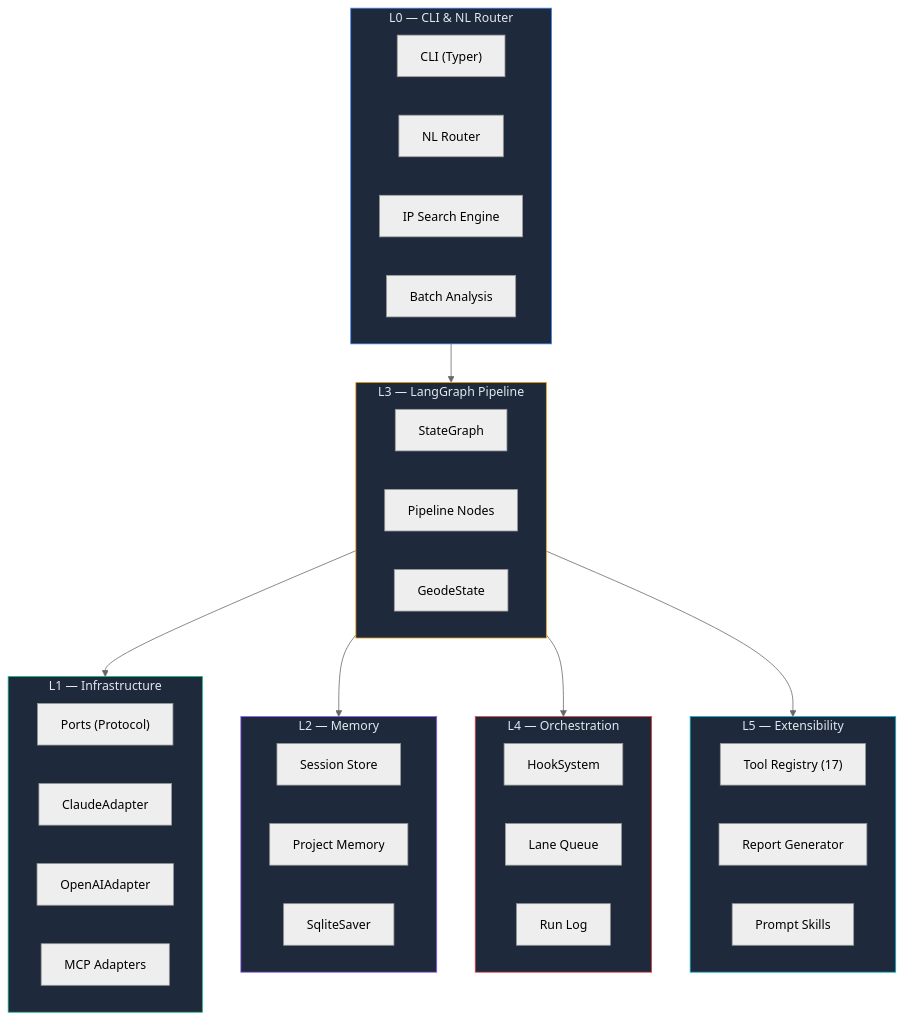
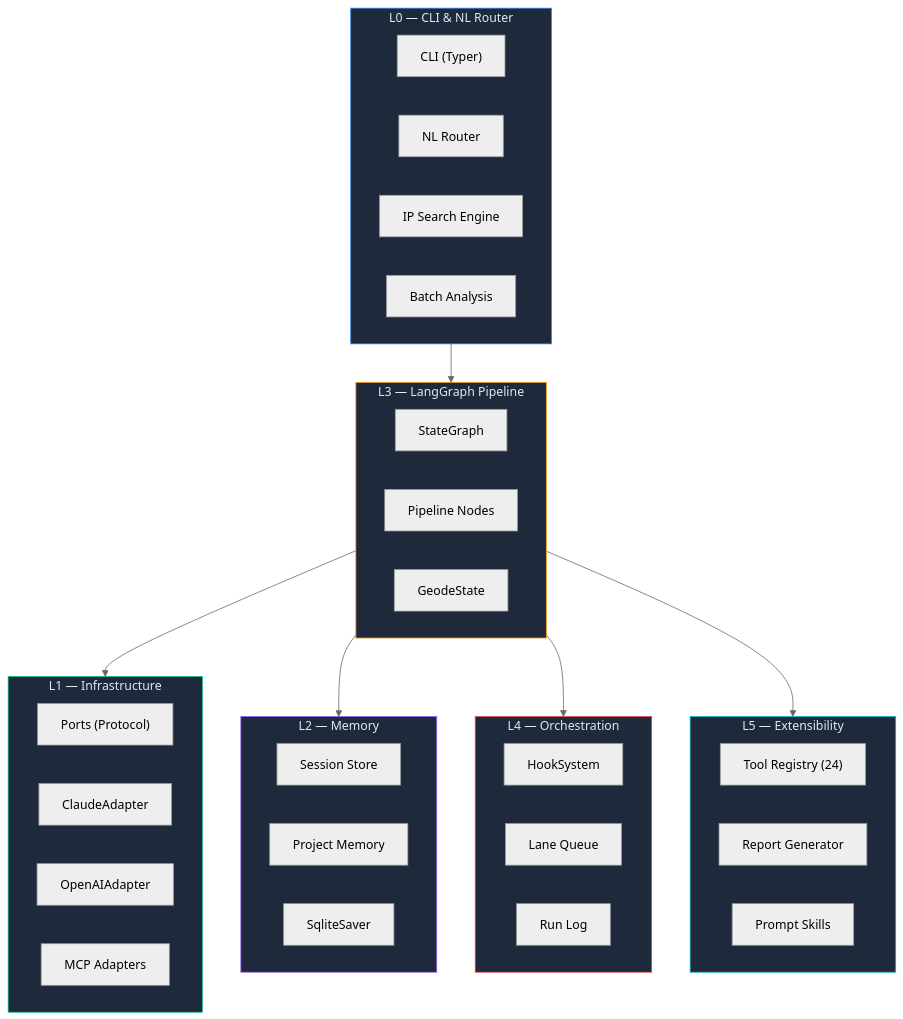
The first of 4 diagrams in README.md (mangowhoiscloud/geode), drawn with Mermaid (neutral theme) before and after one commit. The commit also changed other lines of this file and 2 other files, not shown here.

````diff
--- a/README.md
+++ b/README.md
@@ -31,54 +31,54 @@
 ```mermaid
 graph TB
     subgraph L0["L0 — CLI & NL Router"]
         CLI["CLI (Typer)"]
         NLR["NL Router"]
         Search["IP Search Engine"]
         Batch["Batch Analysis"]
     end
 
     subgraph L1["L1 — Infrastructure"]
         direction LR
         Ports["Ports (Protocol)"]
         Claude["ClaudeAdapter"]
         OpenAI["OpenAIAdapter"]
         MCP["MCP Adapters"]
     end
 
     subgraph L2["L2 — Memory"]
         Session["Session Store"]
         Project["Project Memory"]
         Checkpoint["SqliteSaver"]
     end
 
     subgraph L3["L3 — LangGraph Pipeline"]
         Graph["StateGraph"]
         Nodes["Pipeline Nodes"]
         State["GeodeState"]
     end
 
     subgraph L4["L4 — Orchestration"]
         Hooks["HookSystem"]
         Lanes["Lane Queue"]
         RunLog["Run Log"]
     end
 
     subgraph L5["L5 — Extensibility"]
-        Tools["Tool Registry (17)"]
+        Tools["Tool Registry (24)"]
         Reports["Report Generator"]
         Templates["Prompt Skills"]
     end
 
     L0 --> L3
     L3 --> L1
     L3 --> L2
     L3 --> L4
     L3 --> L5
 
     style L0 fill:#1e293b,stroke:#3b82f6,color:#e2e8f0
     style L1 fill:#1e293b,stroke:#10b981,color:#e2e8f0
     style L2 fill:#1e293b,stroke:#8b5cf6,color:#e2e8f0
     style L3 fill:#1e293b,stroke:#f59e0b,color:#e2e8f0
     style L4 fill:#1e293b,stroke:#ef4444,color:#e2e8f0
     style L5 fill:#1e293b,stroke:#06b6d4,color:#e2e8f0
 ```
````
